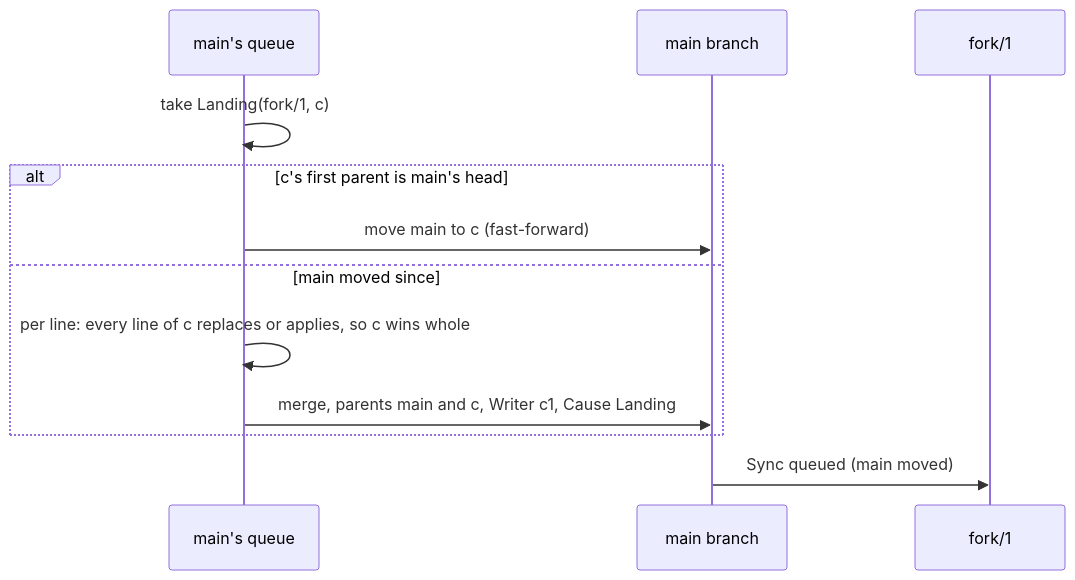
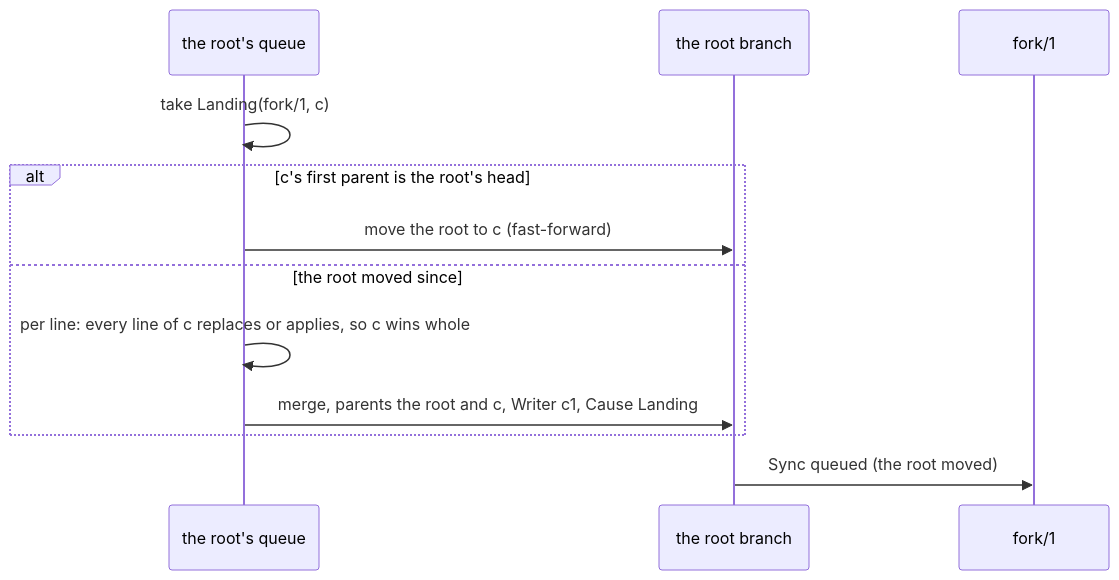
The third of 7 diagrams in docs/target-architecture/git-model.md (mcurcio/agentfs), drawn with Mermaid before and after one commit. The commit also changed other lines of this file and 20 other files, not shown here.

````diff
--- a/docs/target-architecture/git-model.md
+++ b/docs/target-architecture/git-model.md
@@ -550,14 +550,14 @@
 ```mermaid
 sequenceDiagram
-  participant QM as main's queue
-  participant M as main branch
+  participant QM as the root's queue
+  participant M as the root branch
   participant A as fork/1
   QM->>QM: take Landing(fork/1, c)
-  alt c's first parent is main's head
-    QM->>M: move main to c (fast-forward)
-  else main moved since
+  alt c's first parent is the root's head
+    QM->>M: move the root to c (fast-forward)
+  else the root moved since
     QM->>QM: per line: every line of c replaces or applies, so c wins whole
-    QM->>M: merge, parents main and c, Writer c1, Cause Landing
+    QM->>M: merge, parents the root and c, Writer c1, Cause Landing
   end
-  M->>A: Sync queued (main moved)
+  M->>A: Sync queued (the root moved)
 ```
````
